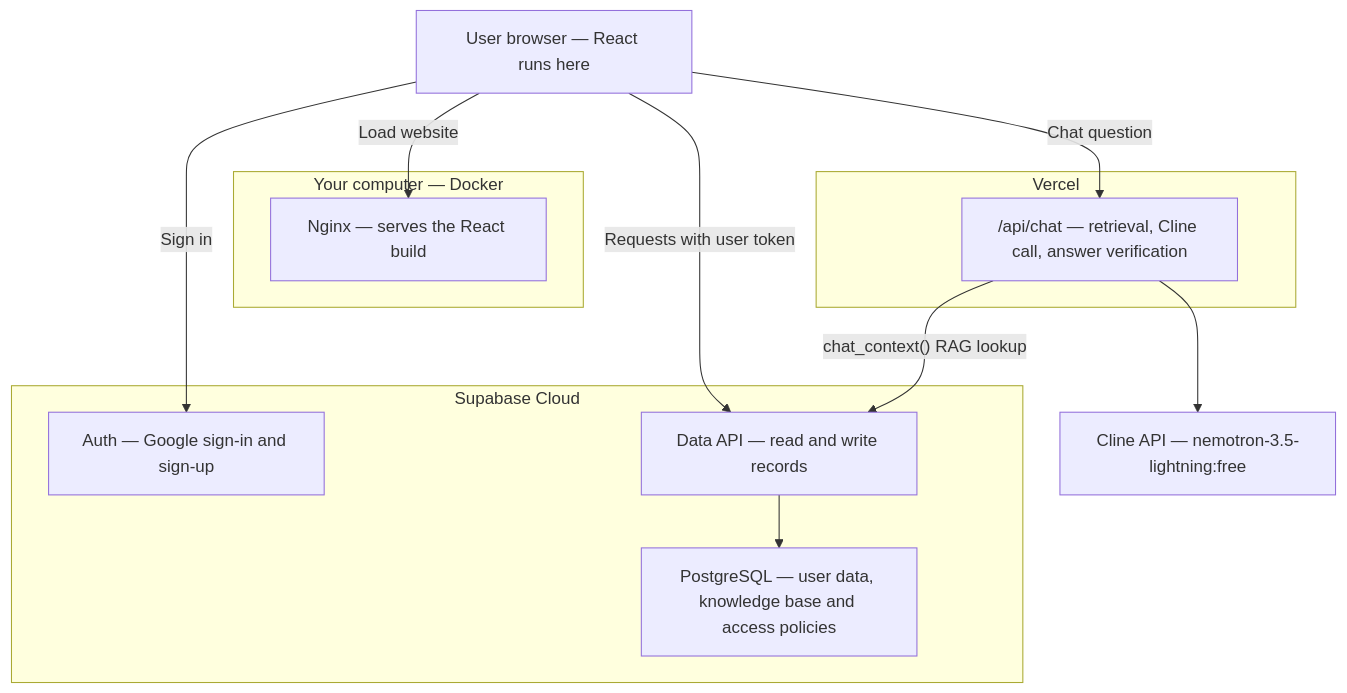
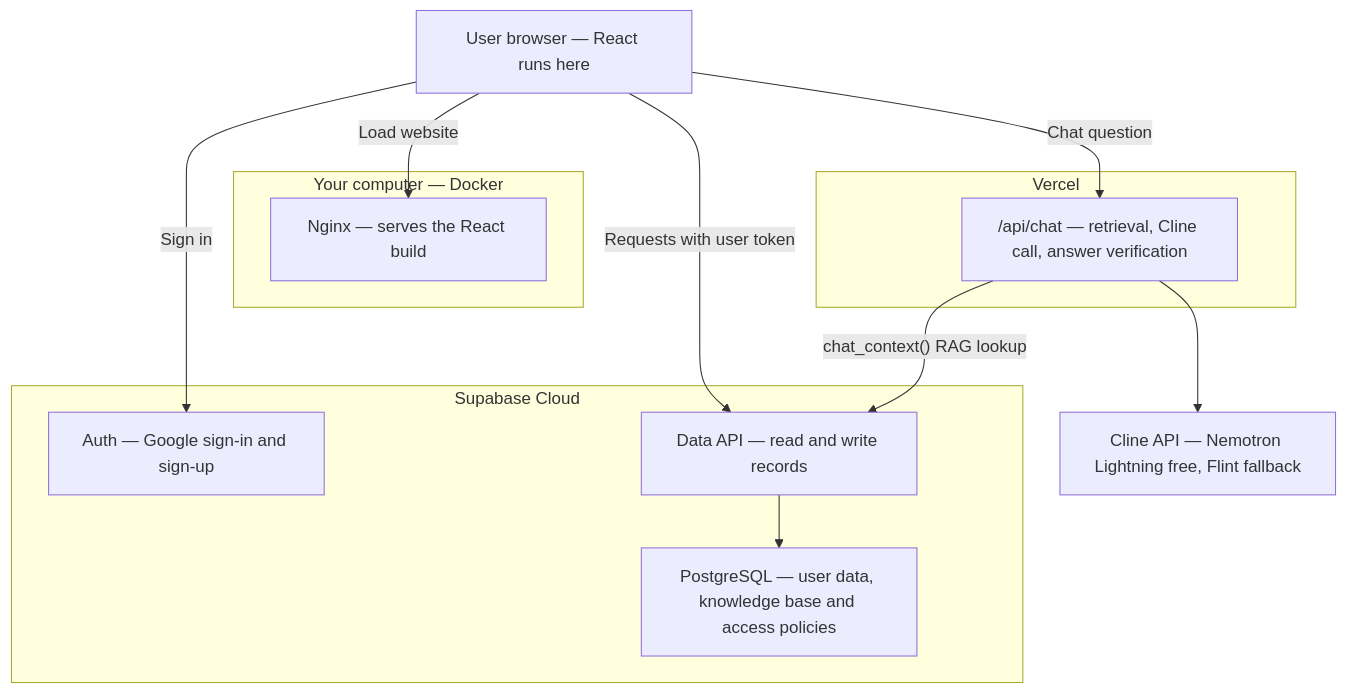
One commit to GalaxyKickLock77/Tricore changed the diagram in architecture.md. Above: the diagram before and after it, drawn with Mermaid. The commit also changed 6 other files, not shown here.

````diff
--- a/architecture.md
+++ b/architecture.md
@@ -3,27 +3,27 @@
 ```mermaid
 flowchart TD
     Browser["User browser — React runs here"]
 
     subgraph Local["Your computer — Docker"]
         Web["Nginx — serves the React build"]
     end
 
     subgraph Cloud["Supabase Cloud"]
         Auth["Auth — Google sign-in and sign-up"]
         API["Data API — read and write records"]
         DB["PostgreSQL — user data, knowledge base and access policies"]
     end
 
     subgraph Vercel["Vercel"]
         Chat["/api/chat — retrieval, Cline call, answer verification"]
     end
-    Cline["Cline API — nemotron-3.5-lightning:free"]
+    Cline["Cline API — Nemotron Lightning free, Flint fallback"]
 
     Browser -->|"Load website"| Web
     Browser -->|"Sign in"| Auth
     Browser -->|"Requests with user token"| API
     API --> DB
     Browser -->|"Chat question"| Chat
     Chat -->|"chat_context() RAG lookup"| API
     Chat --> Cline
 ```
````
